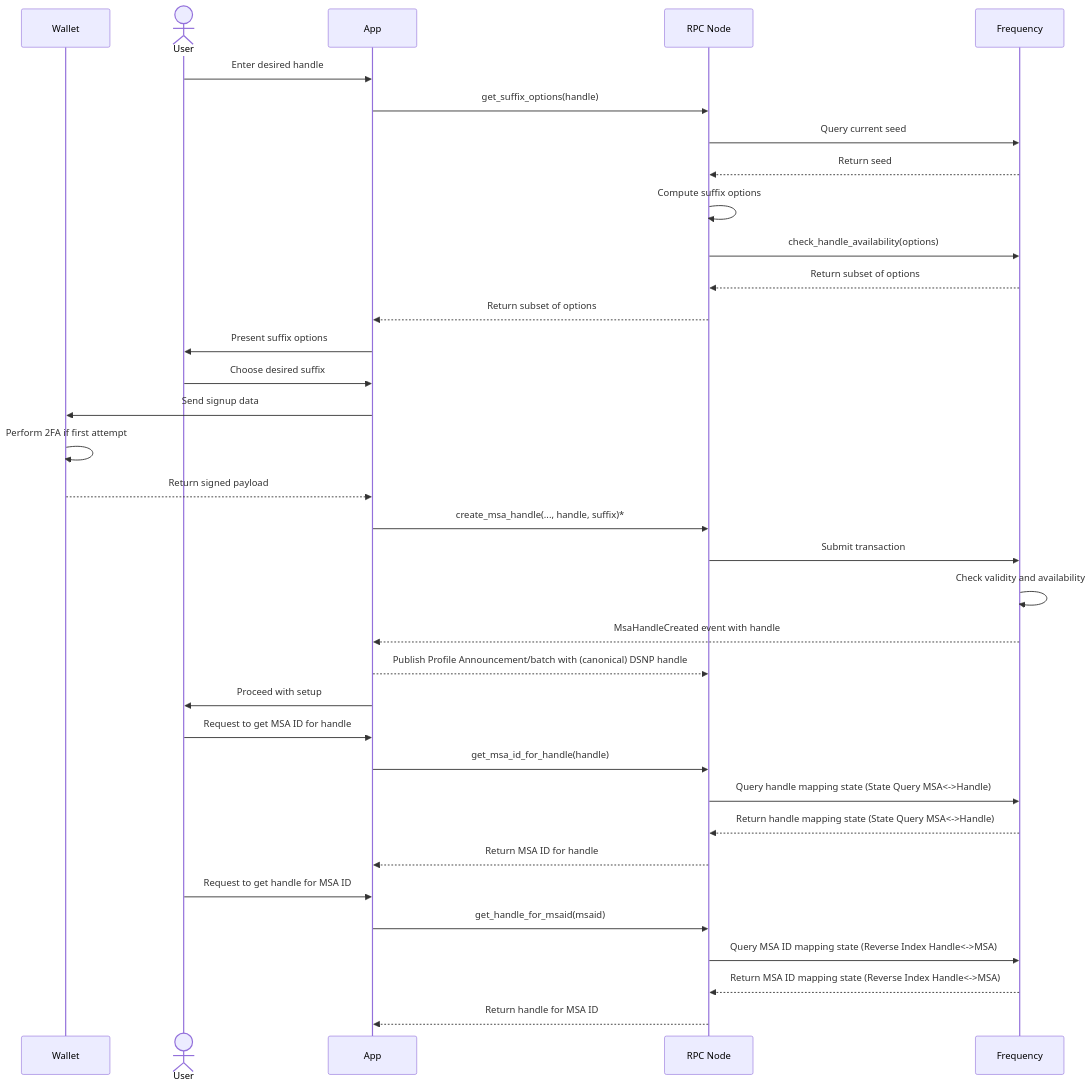
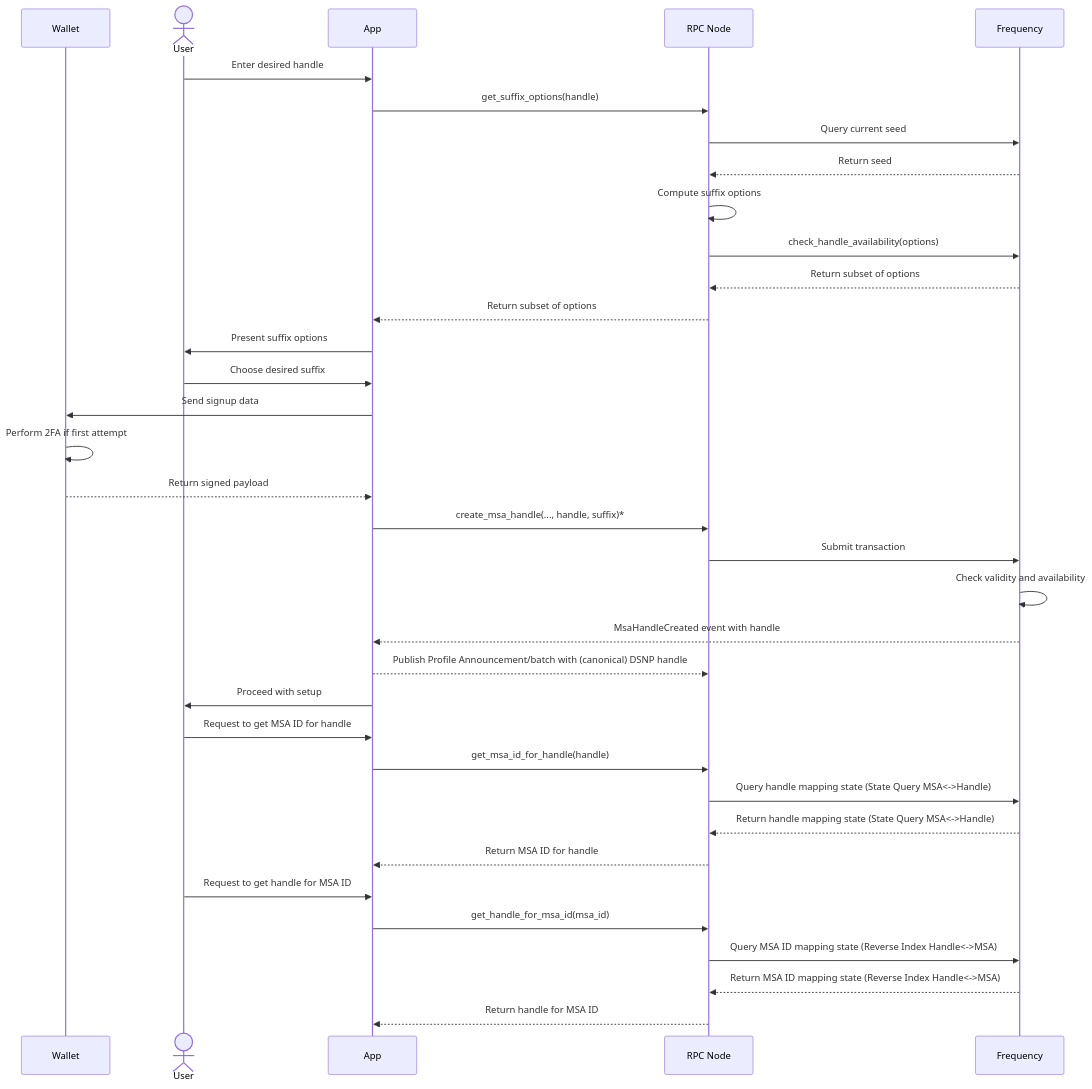
Before and after one commit to frequency-chain/frequency: the first of 2 diagrams in designdocs/user-handles.md, drawn with Mermaid.

Commit message:
add rpc in sequence

````diff
--- a/designdocs/user-handles.md
+++ b/designdocs/user-handles.md
@@ -67,37 +67,37 @@
 ```mermaid
 sequenceDiagram
     participant Wallet
     actor User
     participant App
     participant RPC as RPC Node
     participant Chain as Frequency
     User->>App: Enter desired handle
     App->>RPC: get_suffix_options(handle)
     RPC->>Chain: Query current seed
     Chain-->>RPC: Return seed
     RPC->>RPC: Compute suffix options
     RPC->>Chain: check_handle_availability(options)
     Chain-->>RPC: Return subset of options
     RPC-->>App: Return subset of options
     App->>User: Present suffix options
     User->>App: Choose desired suffix
     App->>Wallet: Send signup data
     Wallet->>Wallet: Perform 2FA if first attempt
     Wallet-->>App: Return signed payload
     App->>RPC: create_msa_handle(..., handle, suffix)*
     RPC->>Chain: Submit transaction
     Chain->>Chain: Check validity and availability
     Chain-->>App: MsaHandleCreated event with handle
     App-->>RPC: Publish Profile Announcement/batch with (canonical) DSNP handle
     App->>User: Proceed with setup
     User->>App: Request to get MSA ID for handle
     App->>RPC: get_msa_id_for_handle(handle)
     RPC->>Chain: Query handle mapping state (State Query MSA<->Handle)
     Chain-->>RPC: Return handle mapping state (State Query MSA<->Handle)
     RPC-->>App: Return MSA ID for handle
     User->>App: Request to get handle for MSA ID
-    App->>RPC: get_handle_for_msaid(msaid)
+    App->>RPC: get_handle_for_msa_id(msa_id)
     RPC->>Chain: Query MSA ID mapping state (Reverse Index Handle<->MSA)
     Chain-->>RPC: Return MSA ID mapping state (Reverse Index Handle<->MSA)
     RPC-->>App: Return handle for MSA ID
 ```
````
